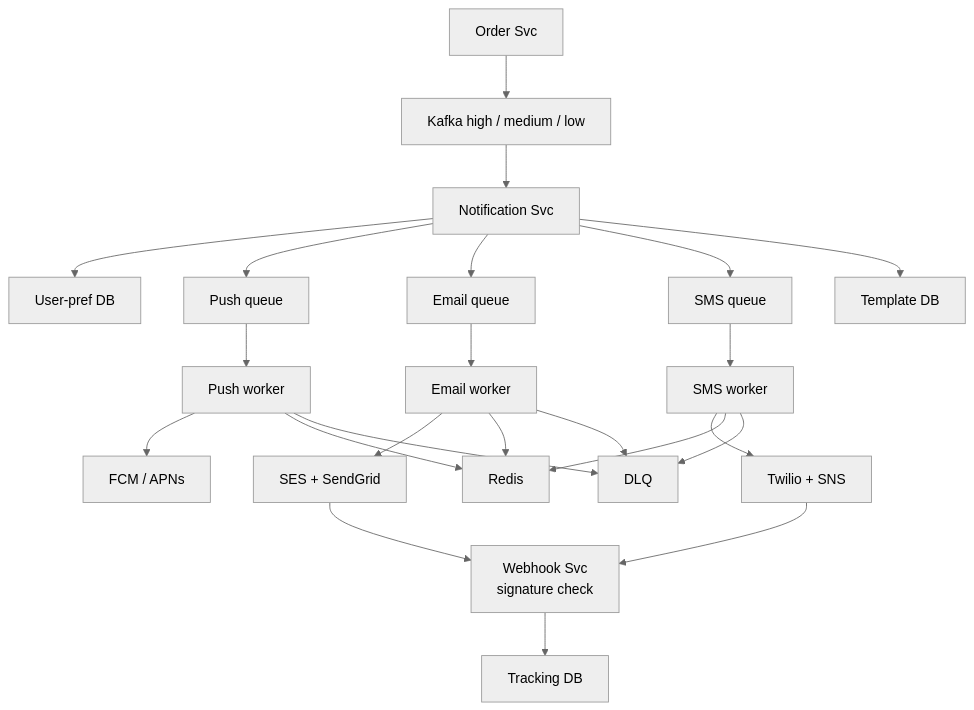
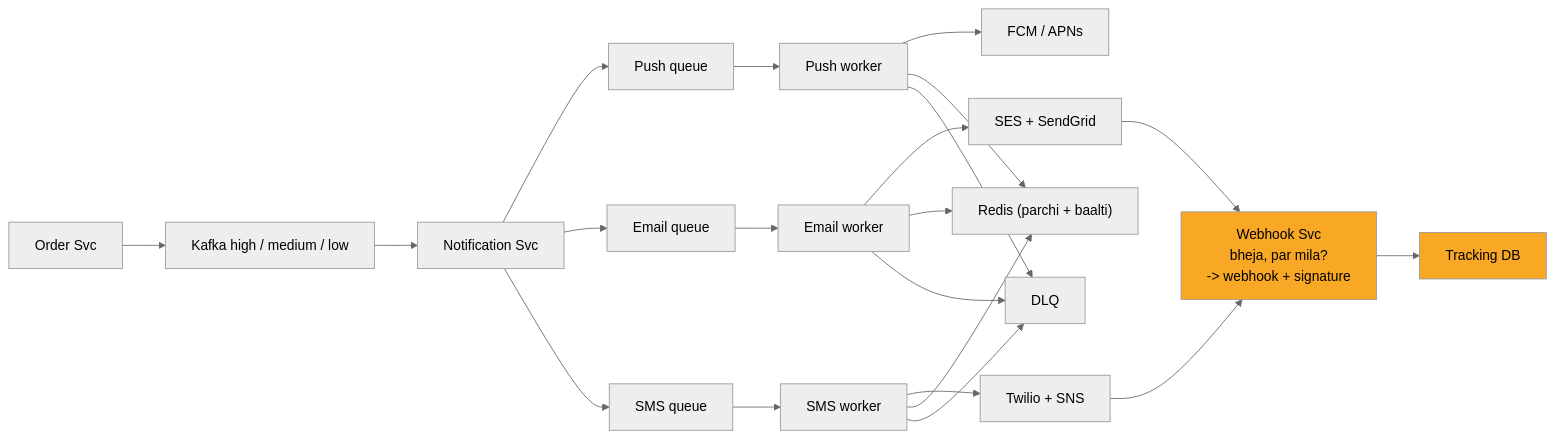
The tenth of 13 diagrams in 04_HLD/SYSTEM_DESIGNS/04_notification_system/04_notification_system.md (ArpanMaheshwari144/Prep), drawn with Mermaid (neutral theme) before and after one commit. The commit also changed other lines of this file and 2 other files, not shown here.

Commit message:
notification, payment, file upload: one-day story, short cards, follow-ups with rules, highlighted diagrams

````diff
--- a/04_HLD/SYSTEM_DESIGNS/04_notification_system/04_notification_system.md
+++ b/04_HLD/SYSTEM_DESIGNS/04_notification_system/04_notification_system.md
@@ -546,43 +485,41 @@
 ```mermaid
-flowchart TD
+flowchart LR
     n_Order_Svc["Order Svc"]
-    n_Kafka_high_medium_low["Kafka high / medium / low"]
+    n_Kafka["Kafka high / medium / low"]
     n_Notification_Svc["Notification Svc"]
-    n_User_pref_DB["User-pref DB"]
-    n_Template_DB["Template DB"]
     n_Push_queue["Push queue"]
     n_Push_worker["Push worker"]
     n_FCM_APNs["FCM / APNs"]
     n_Email_queue["Email queue"]
     n_Email_worker["Email worker"]
-    n_SES_SendGrid["SES + SendGrid"]
+    n_SES["SES + SendGrid"]
     n_SMS_queue["SMS queue"]
     n_SMS_worker["SMS worker"]
-    n_Twilio_SNS["Twilio + SNS"]
-    n_Redis["Redis"]
-    n_Webhook_Svc["Webhook Svc<br/>signature check"]
+    n_Twilio["Twilio + SNS"]
+    n_Redis["Redis (parchi + baalti)"]
+    n_DLQ["DLQ"]
+    n_Webhook_Svc["Webhook Svc<br/>bheja, par mila?<br/>-> webhook + signature"]
     n_Tracking_DB["Tracking DB"]
-    n_DLQ["DLQ"]
-    n_Order_Svc --> n_Kafka_high_medium_low
-    n_Kafka_high_medium_low --> n_Notification_Svc
-    n_Notification_Svc --> n_User_pref_DB
+    n_Order_Svc --> n_Kafka
+    n_Kafka --> n_Notification_Svc
     n_Notification_Svc --> n_Push_queue
     n_Notification_Svc --> n_Email_queue
     n_Notification_Svc --> n_SMS_queue
-    n_Notification_Svc --> n_Template_DB
     n_Push_queue --> n_Push_worker
     n_Push_worker --> n_FCM_APNs
     n_Email_queue --> n_Email_worker
-    n_Email_worker --> n_SES_SendGrid
+    n_Email_worker --> n_SES
     n_SMS_queue --> n_SMS_worker
-    n_SMS_worker --> n_Twilio_SNS
-    n_SMS_worker --> n_Redis
-    n_SMS_worker --> n_DLQ
-    n_Twilio_SNS --> n_Webhook_Svc
+    n_SMS_worker --> n_Twilio
     n_Push_worker --> n_Redis
     n_Email_worker --> n_Redis
+    n_SMS_worker --> n_Redis
     n_Push_worker --> n_DLQ
     n_Email_worker --> n_DLQ
-    n_SES_SendGrid --> n_Webhook_Svc
+    n_SMS_worker --> n_DLQ
+    n_SES --> n_Webhook_Svc
+    n_Twilio --> n_Webhook_Svc
     n_Webhook_Svc --> n_Tracking_DB
+    style n_Webhook_Svc fill:#f9a825,color:#000
+    style n_Tracking_DB fill:#f9a825,color:#000
 ```
````
